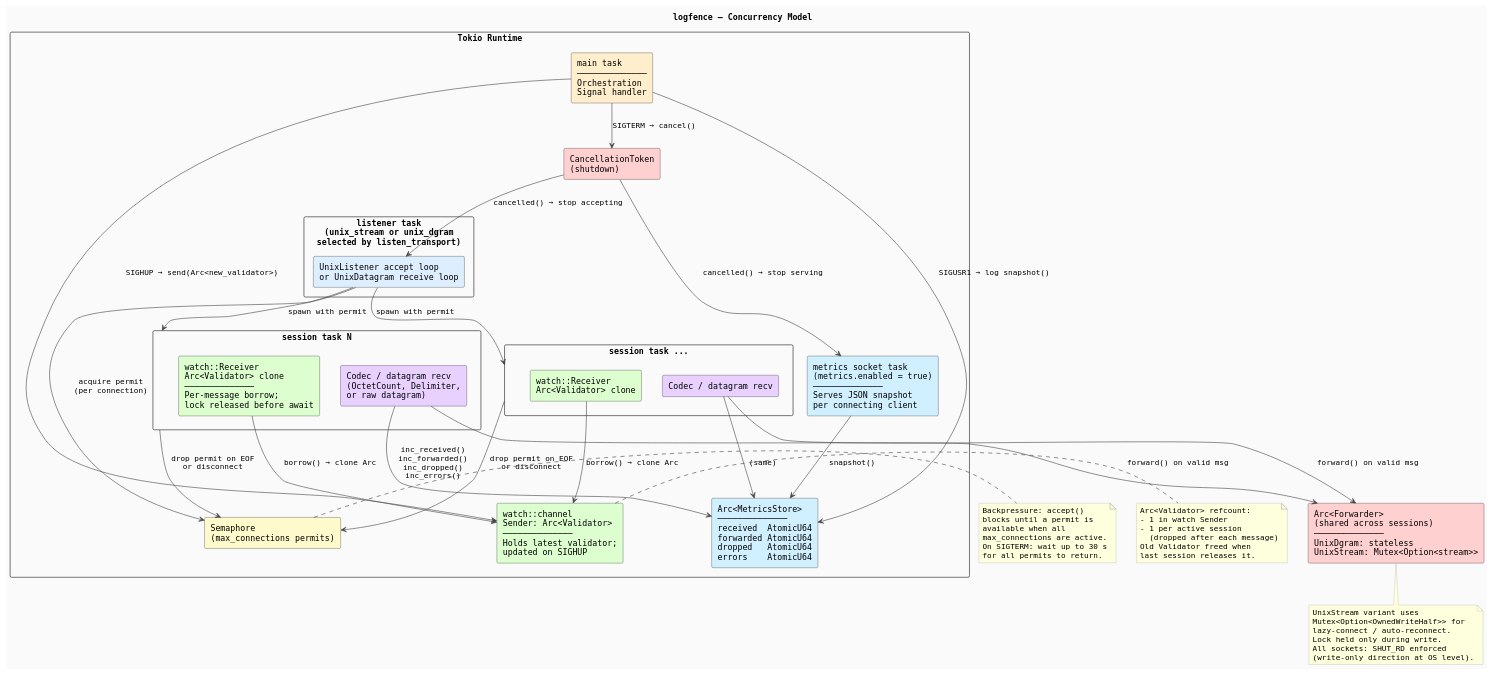
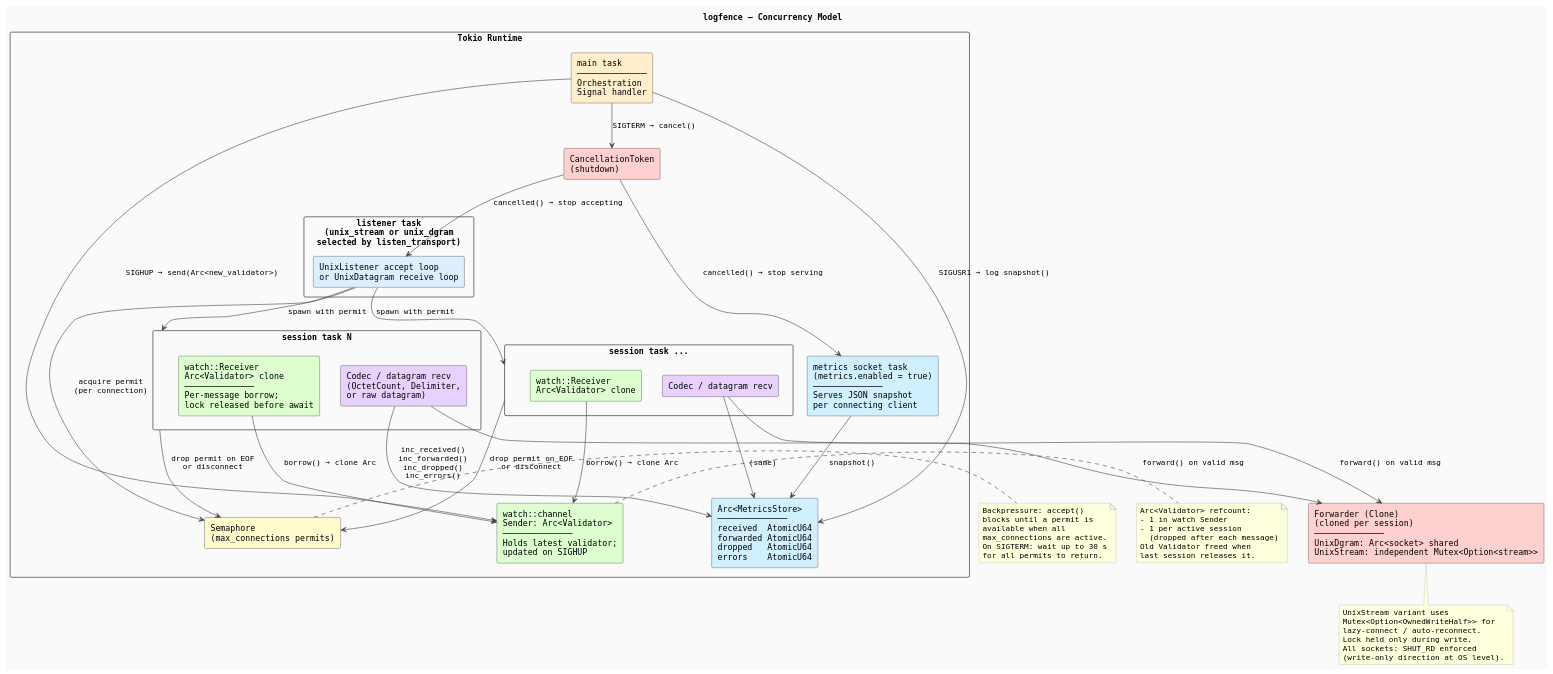
The diagram in docs/diagrams/08-concurrency-model.puml (hildstrom/logfence), drawn with PlantUML before and after one commit. The commit also changed 11 other files, not shown here.

Commit message:
cargo fmt, doc and diagram accuracy update

```diff
--- a/docs/diagrams/08-concurrency-model.puml
+++ b/docs/diagrams/08-concurrency-model.puml
@@ -1,94 +1,94 @@
 @startuml concurrency-model
 title logfence — Concurrency Model
 
 skinparam defaultFontName Monospaced
 skinparam componentStyle rectangle
 skinparam ArrowColor #444444
 skinparam BackgroundColor #FAFAFA
 skinparam noteBorderColor #AAAAAA
 
 rectangle "Tokio Runtime" {
 
   component "main task\n──────────────\nOrchestration\nSignal handler" as Main #FFEECC
 
   component "Semaphore\n(max_connections permits)" as Sema #FFFACC
 
   component "watch::channel\nSender: Arc<Validator>\n──────────────\nHolds latest validator;\nupdated on SIGHUP" as Watch #DDFFD0
 
   component "CancellationToken\n(shutdown)" as Cancel #FFD0D0
 
   component "Arc<MetricsStore>\n──────────────\nreceived  AtomicU64\nforwarded AtomicU64\ndropped   AtomicU64\nerrors    AtomicU64" as Metrics #D0F0FF
 
   rectangle "listener task\n(unix_stream or unix_dgram\nselected by listen_transport)" {
     component "UnixListener accept loop\nor UnixDatagram receive loop" as AcceptLoop #DDEEFF
   }
 
   rectangle "session task N" as S1 {
     component "watch::Receiver\nArc<Validator> clone\n──────────────\nPer-message borrow;\nlock released before await" as WatchRx1 #DDFFD0
     component "Codec / datagram recv\n(OctetCount, Delimiter,\nor raw datagram)" as Codec1 #E8D0FF
   }
 
   rectangle "session task ..." as S2 {
     component "watch::Receiver\nArc<Validator> clone" as WatchRx2 #DDFFD0
     component "Codec / datagram recv" as Codec2 #E8D0FF
   }
 
   component "metrics socket task\n(metrics.enabled = true)\n──────────────\nServes JSON snapshot\nper connecting client" as MetricsSock #D0F0FF
 
 }
 
-component "Arc<Forwarder>\n(shared across sessions)\n──────────────\nUnixDgram: stateless\nUnixStream: Mutex<Option<stream>>" as Forwarder #FFD0D0
+component "Forwarder (Clone)\n(cloned per session)\n──────────────\nUnixDgram: Arc<socket> shared\nUnixStream: independent Mutex<Option<stream>>" as Forwarder #FFD0D0
 
 Main --> Watch : SIGHUP → send(Arc<new_validator>)
 Main --> Cancel : SIGTERM → cancel()
 Main --> Metrics : SIGUSR1 → log snapshot()
 
 Cancel --> AcceptLoop : cancelled() → stop accepting
 Cancel --> MetricsSock : cancelled() → stop serving
 
 AcceptLoop --> Sema : acquire permit\n(per connection)
 AcceptLoop --> S1 : spawn with permit
 AcceptLoop --> S2 : spawn with permit
 
 S1 --> Sema : drop permit on EOF\nor disconnect
 S2 --> Sema : drop permit on EOF\nor disconnect
 
 WatchRx1 --> Watch : borrow() → clone Arc
 WatchRx2 --> Watch : borrow() → clone Arc
 
 Codec1 --> Forwarder : forward() on valid msg
 Codec2 --> Forwarder : forward() on valid msg
 
 Codec1 --> Metrics : inc_received()\ninc_forwarded()\ninc_dropped()\ninc_errors()
 Codec2 --> Metrics : (same)
 
 MetricsSock --> Metrics : snapshot()
 
 note bottom of Forwarder
   UnixStream variant uses
   Mutex<Option<OwnedWriteHalf>> for
   lazy-connect / auto-reconnect.
   Lock held only during write.
   All sockets: SHUT_RD enforced
   (write-only direction at OS level).
 end note
 
 note right of Watch
   Arc<Validator> refcount:
   - 1 in watch Sender
   - 1 per active session
     (dropped after each message)
   Old Validator freed when
   last session releases it.
 end note
 
 note right of Sema
   Backpressure: accept()
   blocks until a permit is
   available when all
   max_connections are active.
   On SIGTERM: wait up to 30 s
   for all permits to return.
 end note
 
 @enduml
```
